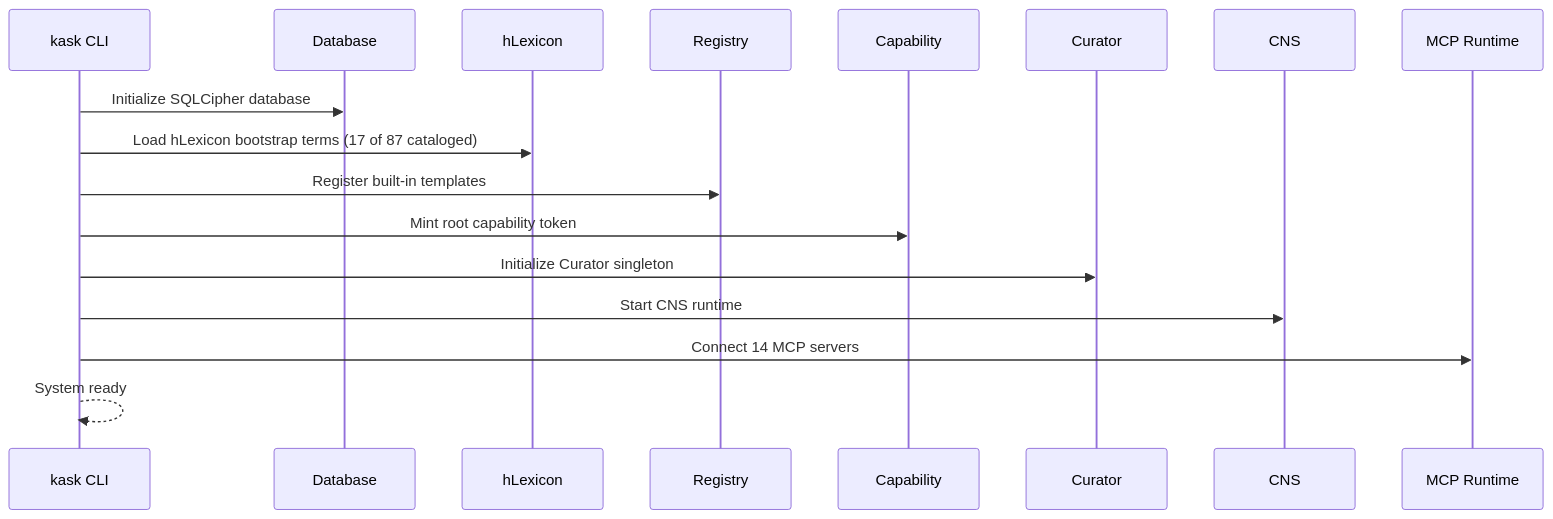
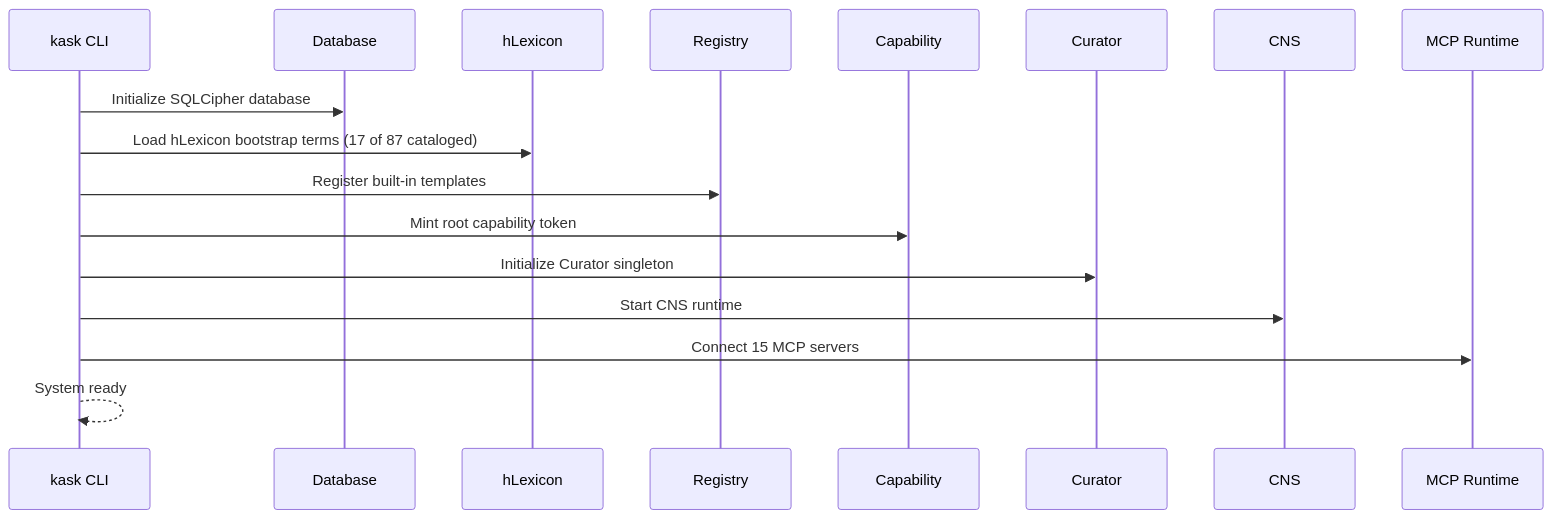
Before and after one commit to mdz-axo/hKask: the second of 3 diagrams in docs/architecture/persistence-and-lifecycle.md, drawn with Mermaid. The commit also changed other lines of this file and 35 other files, not shown here.

````diff
--- a/docs/architecture/persistence-and-lifecycle.md
+++ b/docs/architecture/persistence-and-lifecycle.md
@@ -210,20 +210,20 @@
 ```mermaid
 sequenceDiagram
     participant CLI as kask CLI
     participant DB as Database
     participant LEX as hLexicon
     participant REG as Registry
     participant CAP as Capability
     participant CUR as Curator
     participant CNS as CNS
     participant MCP as MCP Runtime
 
     CLI->>DB: Initialize SQLCipher database
     CLI->>LEX: Load hLexicon bootstrap terms (17 of 87 cataloged)
     CLI->>REG: Register built-in templates
     CLI->>CAP: Mint root capability token
     CLI->>CUR: Initialize Curator singleton
     CLI->>CNS: Start CNS runtime
-    CLI->>MCP: Connect 14 MCP servers
+    CLI->>MCP: Connect 15 MCP servers
     CLI-->>CLI: System ready
 ```
````
